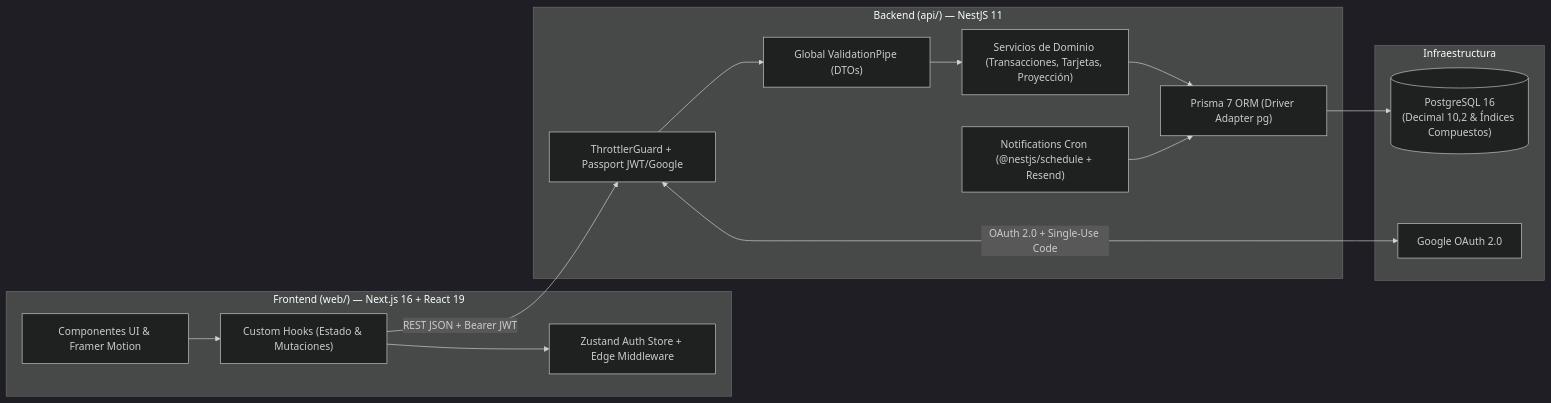
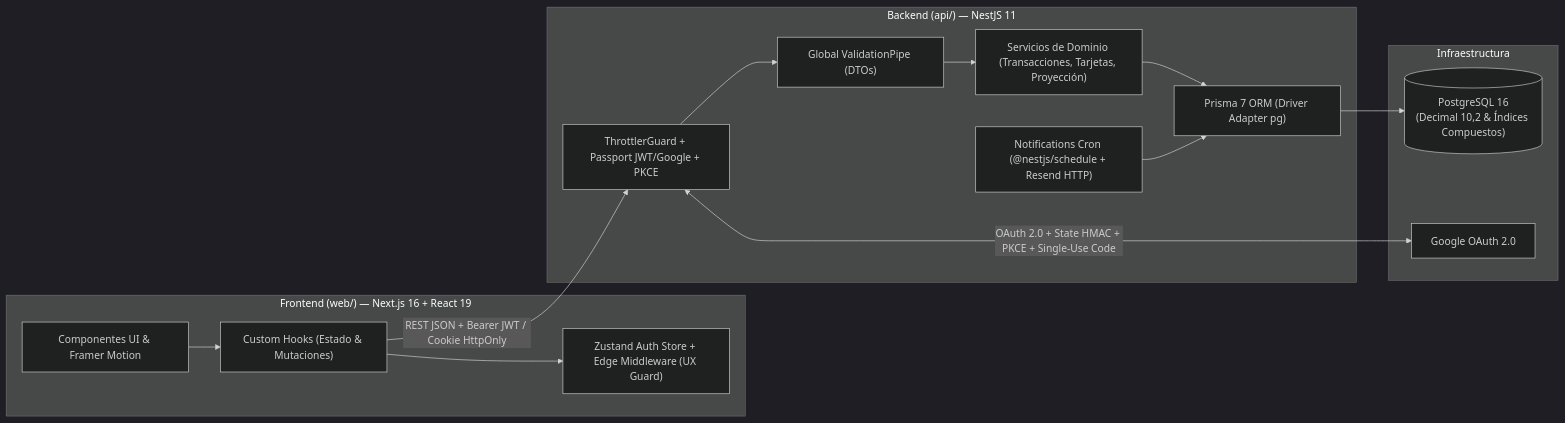
One commit to tomireyes28/lumi changed the first of 2 diagrams in README.md. Above: the diagram before and after it, drawn with Mermaid (dark theme). The commit also changed other lines of this file and 8 other files, not shown here.

````diff
--- a/README.md
+++ b/README.md
@@ -11,28 +11,28 @@
 ```mermaid
 flowchart LR
   subgraph Client["Frontend (web/) — Next.js 16 + React 19"]
     UI["Componentes UI & Framer Motion"]
     Hooks["Custom Hooks (Estado & Mutaciones)"]
-    Store["Zustand Auth Store + Edge Middleware"]
+    Store["Zustand Auth Store + Edge Middleware (UX Guard)"]
   end
 
   subgraph Server["Backend (api/) — NestJS 11"]
-    Guards["ThrottlerGuard + Passport JWT/Google"]
+    Guards["ThrottlerGuard + Passport JWT/Google + PKCE"]
     Pipes["Global ValidationPipe (DTOs)"]
     Services["Servicios de Dominio (Transacciones, Tarjetas, Proyección)"]
-    Cron["Notifications Cron (@nestjs/schedule + Resend)"]
+    Cron["Notifications Cron (@nestjs/schedule + Resend HTTP)"]
     ORM["Prisma 7 ORM (Driver Adapter pg)"]
   end
 
   subgraph Infra["Infraestructura"]
     DB[("PostgreSQL 16\n(Decimal 10,2 & Índices Compuestos)")]
     OAuth["Google OAuth 2.0"]
   end
 
   UI --> Hooks
   Hooks --> Store
-  Hooks -->|"REST JSON + Bearer JWT"| Guards
+  Hooks -->|"REST JSON + Bearer JWT / Cookie HttpOnly"| Guards
   Guards --> Pipes --> Services --> ORM --> DB
   Cron --> ORM
-  Guards <-->|"OAuth 2.0 + Single-Use Code"| OAuth
+  Guards <-->|"OAuth 2.0 + State HMAC + PKCE + Single-Use Code"| OAuth
 ```
````
